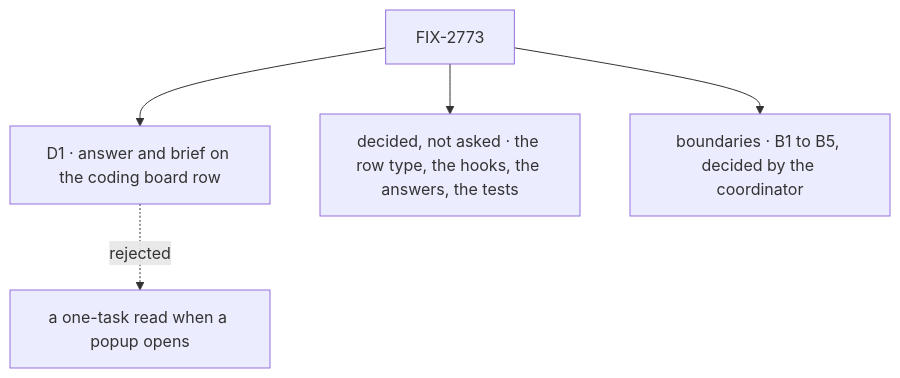
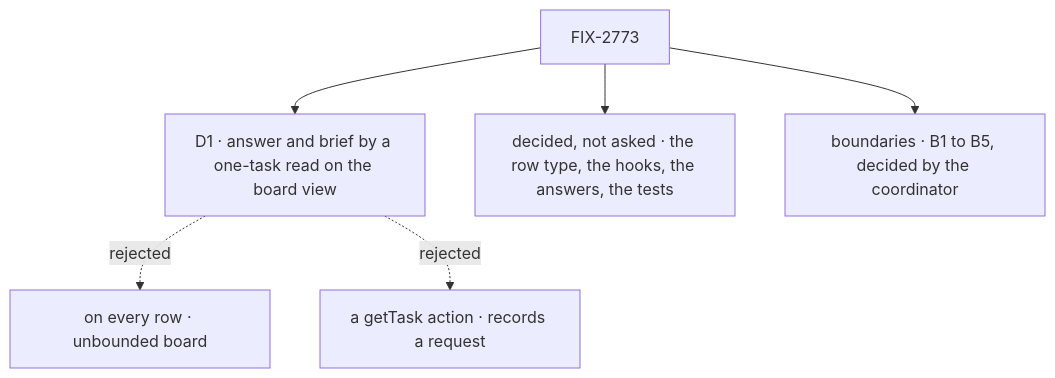
One commit to fixpoint-labs/flow-state-dev changed the diagram in specs/issues/FIX-2773/DECISIONS.md. Above: the diagram before and after it, drawn with Mermaid. The commit also changed other lines of this file and 4 other files, not shown here.

First line of the commit message:
spec(FIX-2773): D1 is a one-task read, measured

````diff
--- a/specs/issues/FIX-2773/DECISIONS.md
+++ b/specs/issues/FIX-2773/DECISIONS.md
@@ -12,7 +12,8 @@
 ```mermaid
 flowchart TD
-  E["FIX-2773"] --> D1["D1 · answer and brief on the coding board row"]
-  D1 -.->|"rejected"| X1["a one-task read when a popup opens"]
+  E["FIX-2773"] --> D1["D1 · answer and brief by a one-task read on the board view"]
+  D1 -.->|"rejected"| X1["on every row · unbounded board"]
+  D1 -.->|"rejected"| X2["a getTask action · records a request"]
   E --> K["decided, not asked · the row type, the hooks, the answers, the tests"]
   E --> B["boundaries · B1 to B5, decided by the coordinator"]
 ```
````
